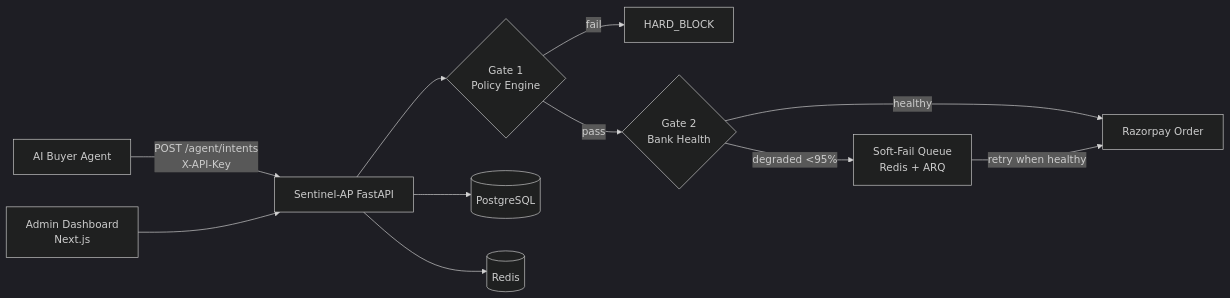
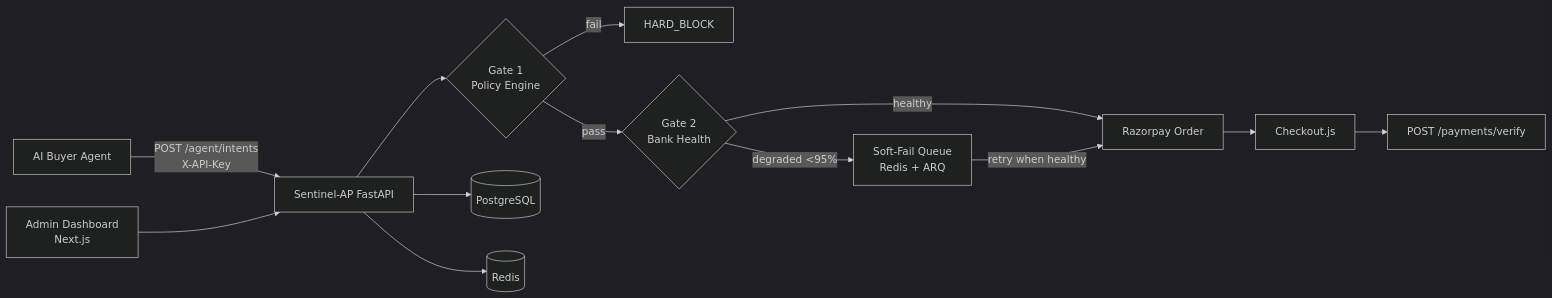
Before and after one commit to sivaangayarkanni/razorpays-sentinal-ap: the diagram in README.md, drawn with Mermaid (dark theme). The commit also changed other lines of this file and 13 other files, not shown here.

````diff
--- a/README.md
+++ b/README.md
@@ -17,13 +61,15 @@
 ```mermaid
 flowchart LR
   Agent[AI Buyer Agent] -->|POST /agent/intents<br/>X-API-Key| API[Sentinel-AP FastAPI]
   API --> G1{Gate 1<br/>Policy Engine}
   G1 -->|fail| HB[HARD_BLOCK]
   G1 -->|pass| G2{Gate 2<br/>Bank Health}
   G2 -->|degraded &lt;95%| Q[Soft-Fail Queue<br/>Redis + ARQ]
   G2 -->|healthy| RZ[Razorpay Order]
   Q -->|retry when healthy| RZ
+  RZ --> CO[Checkout.js]
+  CO --> V[POST /payments/verify]
   Admin[Admin Dashboard<br/>Next.js] --> API
   API --> PG[(PostgreSQL)]
   API --> RD[(Redis)]
 ```
````
